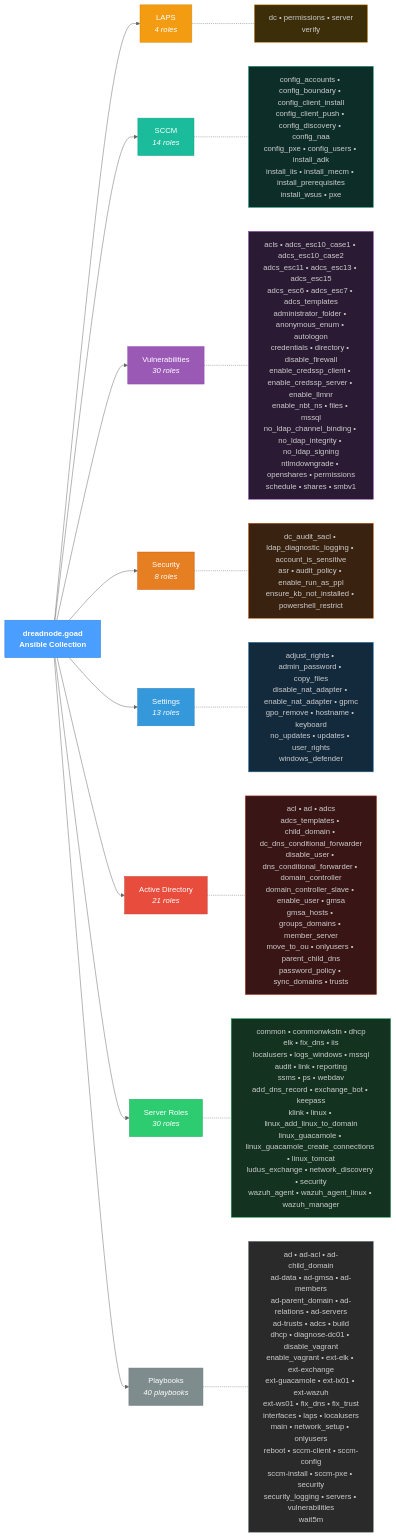
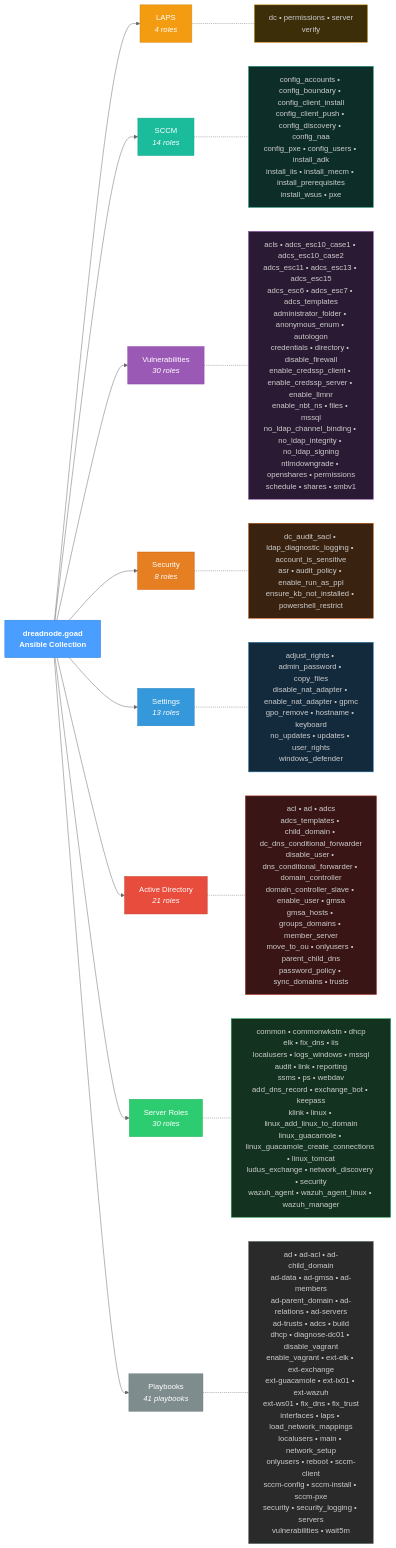
One commit to dreadnode/DreadGOAD changed the diagram in docs/architecture.mmd. Above: the diagram before and after it, drawn with Mermaid (neutral theme). The commit also changed 7 other files, not shown here.

```diff
--- a/docs/architecture.mmd
+++ b/docs/architecture.mmd
@@ -1,39 +1,39 @@
 graph LR
     Collection["dreadnode.goad<br/>Ansible Collection"]
 
     Collection --> LAPS["LAPS<br/><i>4 roles</i>"]
     Collection --> SCCM["SCCM<br/><i>14 roles</i>"]
     Collection --> Vulnerabilities["Vulnerabilities<br/><i>30 roles</i>"]
     Collection --> Security["Security<br/><i>8 roles</i>"]
     Collection --> Settings["Settings<br/><i>13 roles</i>"]
     Collection --> ActiveDirectory["Active Directory<br/><i>21 roles</i>"]
     Collection --> ServerRoles["Server Roles<br/><i>30 roles</i>"]
 
     LAPS -.- LAPS_detail["dc &bull; permissions &bull; server<br/>verify"]
     SCCM -.- SCCM_detail["config_accounts &bull; config_boundary &bull; config_client_install<br/>config_client_push &bull; config_discovery &bull; config_naa<br/>config_pxe &bull; config_users &bull; install_adk<br/>install_iis &bull; install_mecm &bull; install_prerequisites<br/>install_wsus &bull; pxe"]
     Vulnerabilities -.- Vulnerabilities_detail["acls &bull; adcs_esc10_case1 &bull; adcs_esc10_case2<br/>adcs_esc11 &bull; adcs_esc13 &bull; adcs_esc15<br/>adcs_esc6 &bull; adcs_esc7 &bull; adcs_templates<br/>administrator_folder &bull; anonymous_enum &bull; autologon<br/>credentials &bull; directory &bull; disable_firewall<br/>enable_credssp_client &bull; enable_credssp_server &bull; enable_llmnr<br/>enable_nbt_ns &bull; files &bull; mssql<br/>no_ldap_channel_binding &bull; no_ldap_integrity &bull; no_ldap_signing<br/>ntlmdowngrade &bull; openshares &bull; permissions<br/>schedule &bull; shares &bull; smbv1"]
     Security -.- Security_detail["dc_audit_sacl &bull; ldap_diagnostic_logging &bull; account_is_sensitive<br/>asr &bull; audit_policy &bull; enable_run_as_ppl<br/>ensure_kb_not_installed &bull; powershell_restrict"]
     Settings -.- Settings_detail["adjust_rights &bull; admin_password &bull; copy_files<br/>disable_nat_adapter &bull; enable_nat_adapter &bull; gpmc<br/>gpo_remove &bull; hostname &bull; keyboard<br/>no_updates &bull; updates &bull; user_rights<br/>windows_defender"]
     ActiveDirectory -.- ActiveDirectory_detail["acl &bull; ad &bull; adcs<br/>adcs_templates &bull; child_domain &bull; dc_dns_conditional_forwarder<br/>disable_user &bull; dns_conditional_forwarder &bull; domain_controller<br/>domain_controller_slave &bull; enable_user &bull; gmsa<br/>gmsa_hosts &bull; groups_domains &bull; member_server<br/>move_to_ou &bull; onlyusers &bull; parent_child_dns<br/>password_policy &bull; sync_domains &bull; trusts"]
     ServerRoles -.- ServerRoles_detail["common &bull; commonwkstn &bull; dhcp<br/>elk &bull; fix_dns &bull; iis<br/>localusers &bull; logs_windows &bull; mssql<br/>audit &bull; link &bull; reporting<br/>ssms &bull; ps &bull; webdav<br/>add_dns_record &bull; exchange_bot &bull; keepass<br/>klink &bull; linux &bull; linux_add_linux_to_domain<br/>linux_guacamole &bull; linux_guacamole_create_connections &bull; linux_tomcat<br/>ludus_exchange &bull; network_discovery &bull; security<br/>wazuh_agent &bull; wazuh_agent_linux &bull; wazuh_manager"]
 
-    Collection --> Playbooks["Playbooks<br/><i>40 playbooks</i>"]
-    Playbooks -.- Playbooks_detail["ad &bull; ad-acl &bull; ad-child_domain<br/>ad-data &bull; ad-gmsa &bull; ad-members<br/>ad-parent_domain &bull; ad-relations &bull; ad-servers<br/>ad-trusts &bull; adcs &bull; build<br/>dhcp &bull; diagnose-dc01 &bull; disable_vagrant<br/>enable_vagrant &bull; ext-elk &bull; ext-exchange<br/>ext-guacamole &bull; ext-lx01 &bull; ext-wazuh<br/>ext-ws01 &bull; fix_dns &bull; fix_trust<br/>interfaces &bull; laps &bull; localusers<br/>main &bull; network_setup &bull; onlyusers<br/>reboot &bull; sccm-client &bull; sccm-config<br/>sccm-install &bull; sccm-pxe &bull; security<br/>security_logging &bull; servers &bull; vulnerabilities<br/>wait5m"]
+    Collection --> Playbooks["Playbooks<br/><i>41 playbooks</i>"]
+    Playbooks -.- Playbooks_detail["ad &bull; ad-acl &bull; ad-child_domain<br/>ad-data &bull; ad-gmsa &bull; ad-members<br/>ad-parent_domain &bull; ad-relations &bull; ad-servers<br/>ad-trusts &bull; adcs &bull; build<br/>dhcp &bull; diagnose-dc01 &bull; disable_vagrant<br/>enable_vagrant &bull; ext-elk &bull; ext-exchange<br/>ext-guacamole &bull; ext-lx01 &bull; ext-wazuh<br/>ext-ws01 &bull; fix_dns &bull; fix_trust<br/>interfaces &bull; laps &bull; load_network_mappings<br/>localusers &bull; main &bull; network_setup<br/>onlyusers &bull; reboot &bull; sccm-client<br/>sccm-config &bull; sccm-install &bull; sccm-pxe<br/>security &bull; security_logging &bull; servers<br/>vulnerabilities &bull; wait5m"]
 
     style Collection fill:#4a9eff,stroke:#2d7cd4,color:#fff,font-weight:bold
     style Playbooks fill:#7f8c8d,stroke:#6c7a7d,color:#fff
     style Playbooks_detail fill:#2a2a2a,stroke:#6c7a7d,color:#ccc
     style LAPS fill:#f39c12,stroke:#d68910,color:#fff
     style LAPS_detail fill:#3d2e0a,stroke:#d68910,color:#ccc
     style SCCM fill:#1abc9c,stroke:#16a085,color:#fff
     style SCCM_detail fill:#0d2e28,stroke:#16a085,color:#ccc
     style Vulnerabilities fill:#9b59b6,stroke:#8e44ad,color:#fff
     style Vulnerabilities_detail fill:#2a1a33,stroke:#8e44ad,color:#ccc
     style Security fill:#e67e22,stroke:#d35400,color:#fff
     style Security_detail fill:#3a2210,stroke:#d35400,color:#ccc
     style Settings fill:#3498db,stroke:#2980b9,color:#fff
     style Settings_detail fill:#132a3d,stroke:#2980b9,color:#ccc
     style ActiveDirectory fill:#e74c3c,stroke:#c0392b,color:#fff
     style ActiveDirectory_detail fill:#3a1515,stroke:#c0392b,color:#ccc
     style ServerRoles fill:#2ecc71,stroke:#27ae60,color:#fff
     style ServerRoles_detail fill:#133320,stroke:#27ae60,color:#ccc
```
